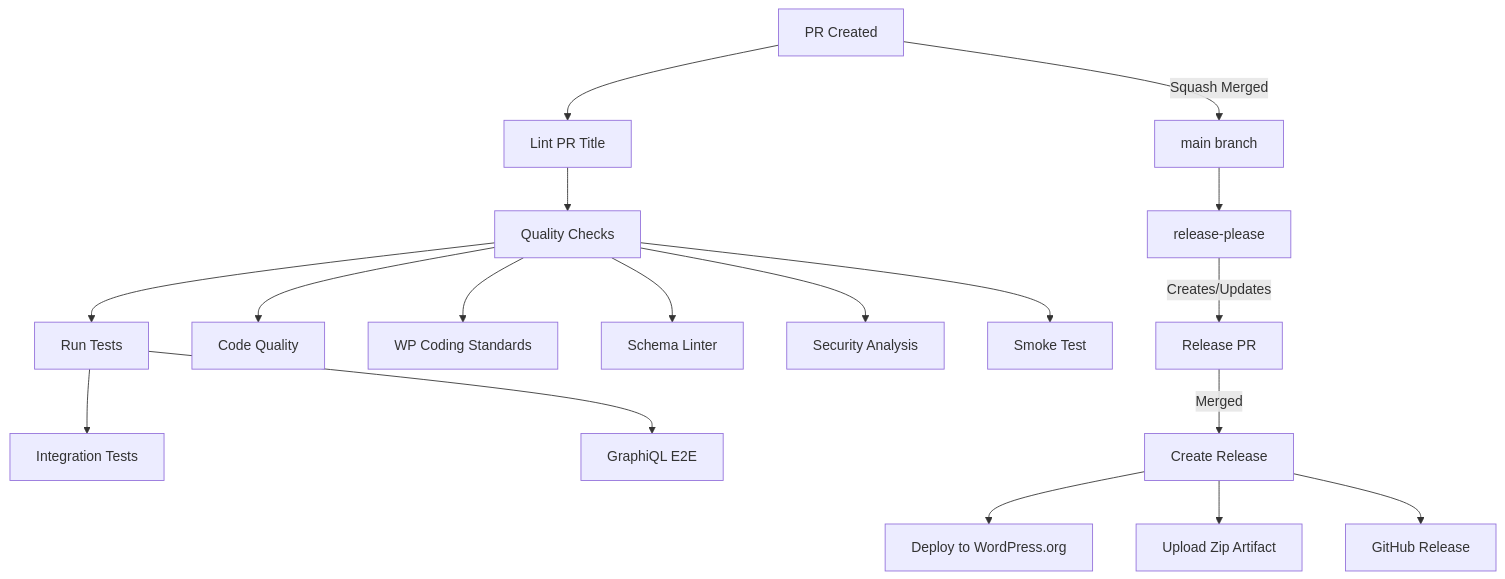
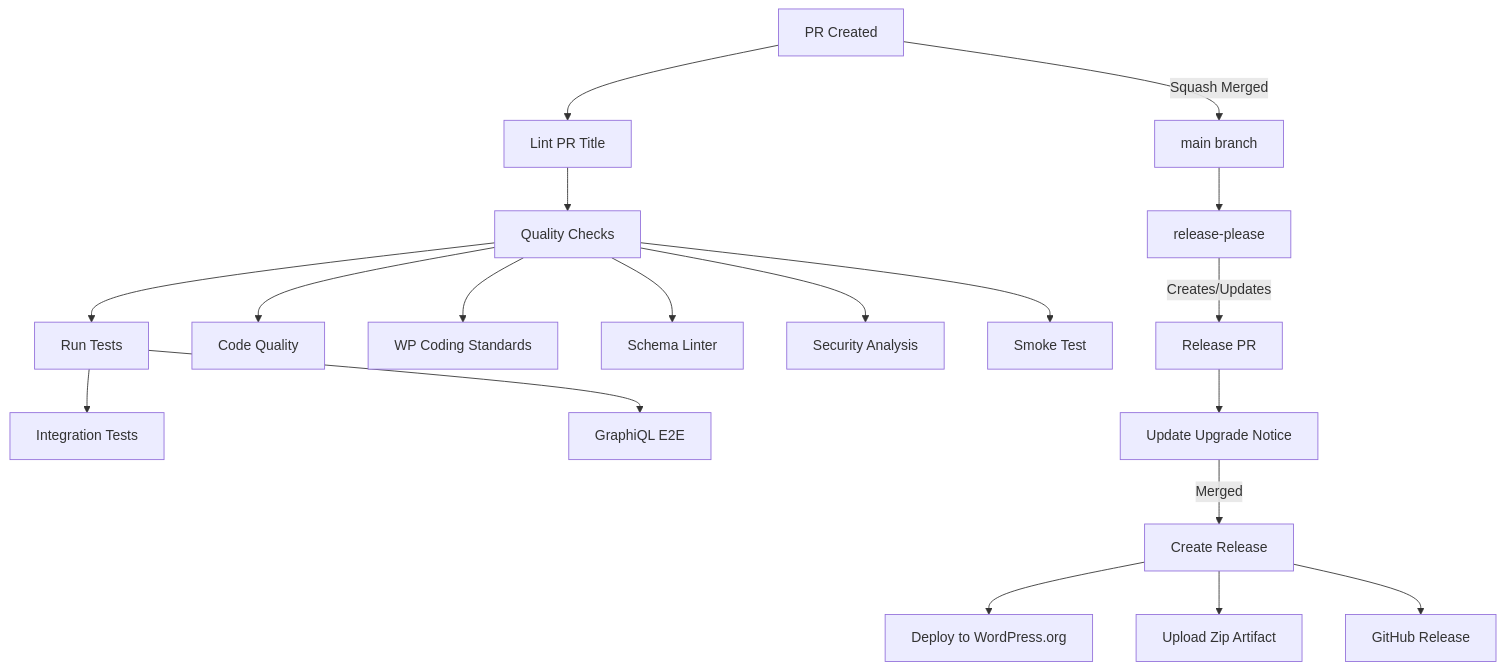
One commit to wp-graphql/wp-graphql changed the diagram in .github/workflows/README.md. Above: the diagram before and after it, drawn with Mermaid. The commit also changed other lines of this file and 3 other files, not shown here.

````diff
--- a/.github/workflows/README.md
+++ b/.github/workflows/README.md
@@ -93,27 +107,28 @@
 ```mermaid
 flowchart TD
     %% PR Process
     PR[PR Created] --> LPR[Lint PR Title]
     LPR --> QA[Quality Checks]
     QA --> Tests[Run Tests]
 
     %% Quality Checks
     QA --> CQ[Code Quality]
     QA --> WCS[WP Coding Standards]
     QA --> SL[Schema Linter]
     QA --> SEC[Security Analysis]
     QA --> SM[Smoke Test]
 
     %% Tests
     Tests --> INT[Integration Tests]
     Tests --> E2E[GraphiQL E2E]
 
     %% Merge and Release
     PR --> |Squash Merged| MAIN[main branch]
     MAIN --> RP[release-please]
     RP --> |Creates/Updates| RPR[Release PR]
-    RPR --> |Merged| REL[Create Release]
+    RPR --> URP[Update Upgrade Notice]
+    URP --> |Merged| REL[Create Release]
     REL --> WO[Deploy to WordPress.org]
     REL --> ZIP[Upload Zip Artifact]
     REL --> GH[GitHub Release]
 ```
````
